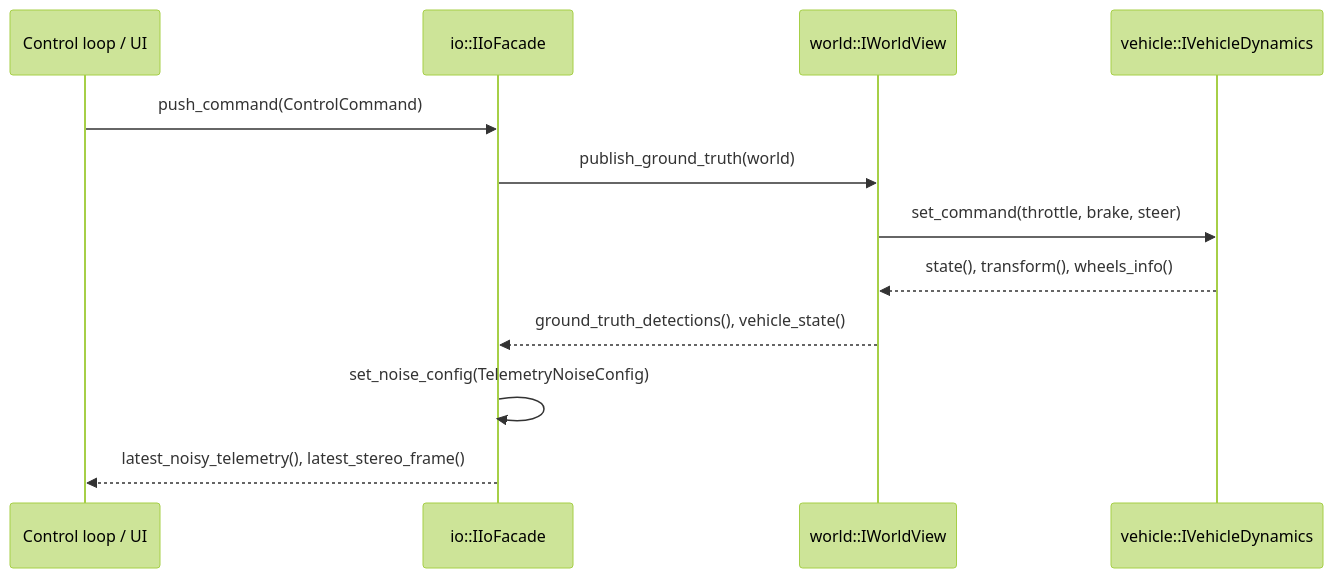
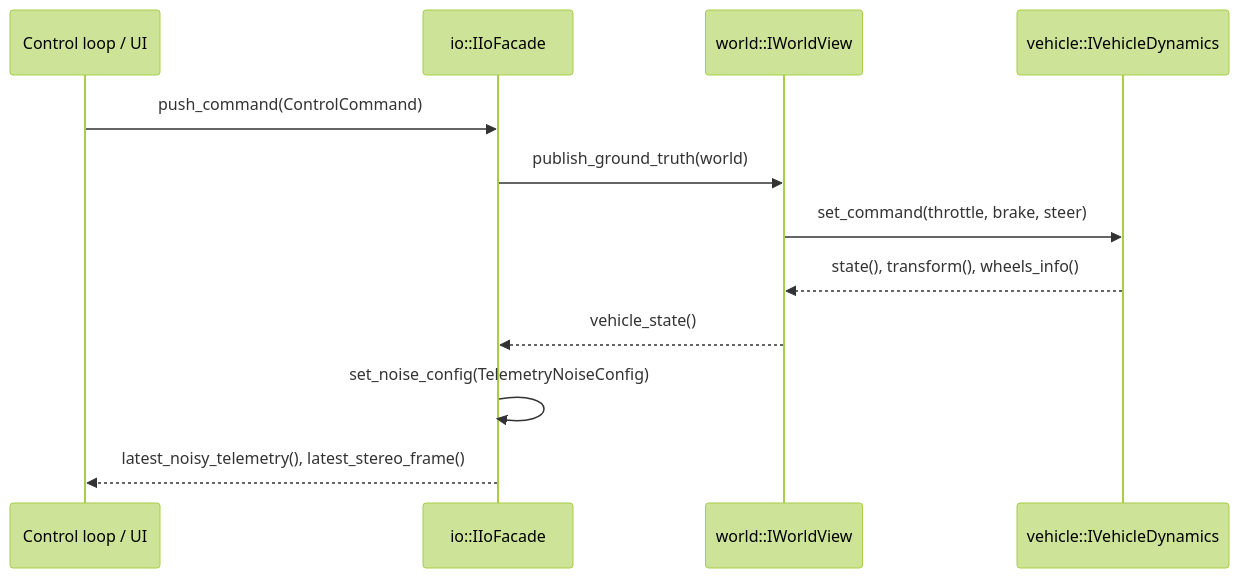
Before and after one commit to SparkleButt747/FSAI_Simulation_C: the second of 2 diagrams in docs/architecture/boundary-sequence.md, drawn with Mermaid (forest theme). The commit also changed other lines of this file and 8 other files, not shown here.

````diff
--- a/docs/architecture/boundary-sequence.md
+++ b/docs/architecture/boundary-sequence.md
@@ -24,15 +24,15 @@
 ```mermaid
 sequenceDiagram
     participant Control as Control loop / UI
     participant IO as io::IIoFacade
     participant World as world::IWorldView
     participant Dyn as vehicle::IVehicleDynamics
 
     Control->>IO: push_command(ControlCommand)
     IO->>World: publish_ground_truth(world)
     World->>Dyn: set_command(throttle, brake, steer)
     Dyn-->>World: state(), transform(), wheels_info()
-    World-->>IO: ground_truth_detections(), vehicle_state()
+    World-->>IO: vehicle_state()
     IO->>IO: set_noise_config(TelemetryNoiseConfig)
     IO-->>Control: latest_noisy_telemetry(), latest_stereo_frame()
 ```
````
